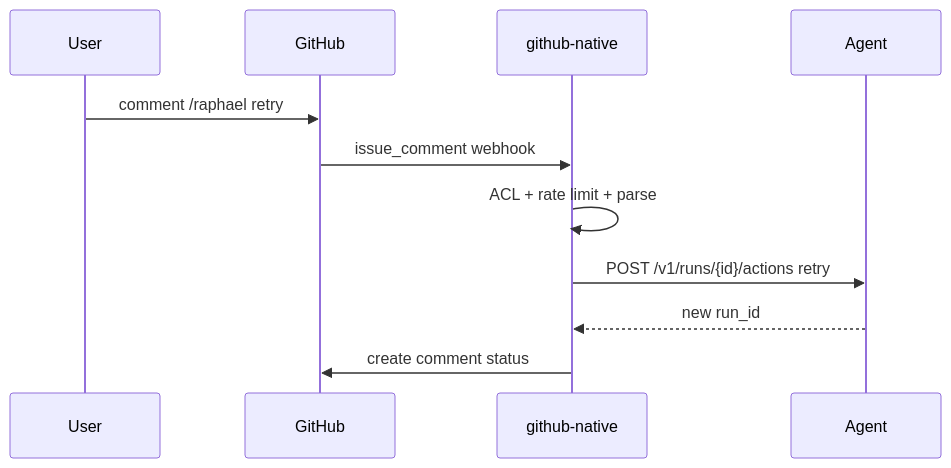
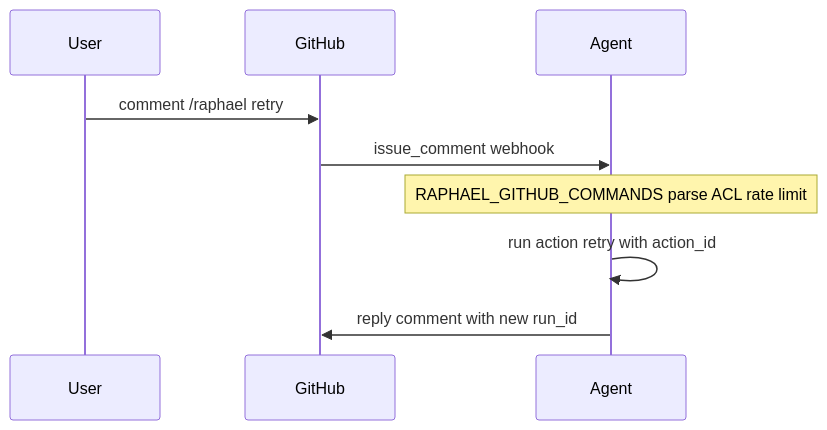
One commit to AWaleed-Ahmed/Raphael changed the diagram in interface/github-native/prd.md. Above: the diagram before and after it, drawn with Mermaid. The commit also changed other lines of this file and 40 other files, not shown here.

````diff
--- a/interface/github-native/prd.md
+++ b/interface/github-native/prd.md
@@ -172,13 +191,11 @@
 ```mermaid
 sequenceDiagram
   participant User
   participant GitHub
-  participant GHN as github-native
   participant Agent
   User->>GitHub: comment /raphael retry
-  GitHub->>GHN: issue_comment webhook
-  GHN->>GHN: ACL + rate limit + parse
-  GHN->>Agent: POST /v1/runs/{id}/actions retry
-  Agent-->>GHN: new run_id
-  GHN->>GitHub: create comment status
+  GitHub->>Agent: issue_comment webhook
+  Note over Agent: RAPHAEL_GITHUB_COMMANDS parse ACL rate limit
+  Agent->>Agent: run action retry with action_id
+  Agent->>GitHub: reply comment with new run_id
 ```
````
